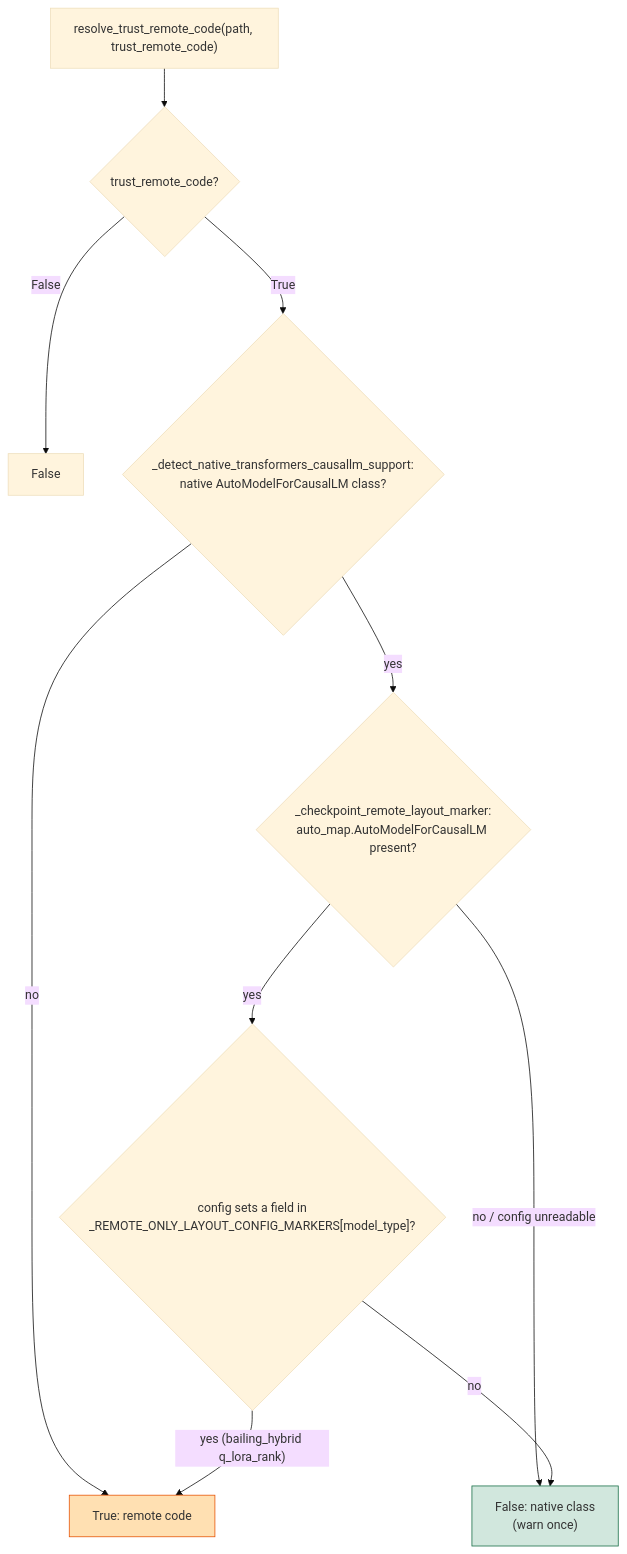
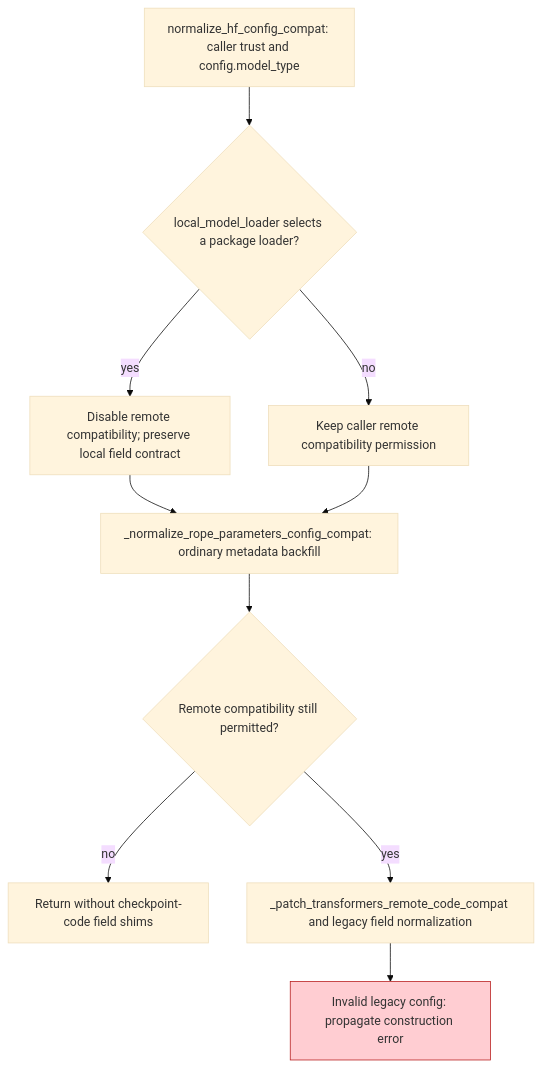
Before and after one commit to ModelCloud/GPTQModel: the second of 7 diagrams in docs/trust-remote-code-isolation.md, drawn with Mermaid (base theme). The commit also changed other lines of this file and 2458 other files, not shown here.

First line of the commit message:
Port every supported model onto the Transformers 5.23 ABI; never patch Transformers (#4620)

````diff
--- a/docs/trust-remote-code-isolation.md
+++ b/docs/trust-remote-code-isolation.md
@@ -57,14 +88,13 @@
 ```mermaid
 flowchart TD
-    A["resolve_trust_remote_code(path, trust_remote_code)"] --> B{"trust_remote_code?"}
-    B -- "False" --> F["False"]
-    B -- "True" --> C{"_detect_native_transformers_causallm_support:<br/>native AutoModelForCausalLM class?"}
-    C -- "no" --> T["True: remote code"]
-    C -- "yes" --> D{"_checkpoint_remote_layout_marker:<br/>auto_map.AutoModelForCausalLM present?"}
-    D -- "no / config unreadable" --> N["False: native class<br/>(warn once)"]
-    D -- "yes" --> E{"config sets a field in<br/>_REMOTE_ONLY_LAYOUT_CONFIG_MARKERS[model_type]?"}
-    E -- "no" --> N
-    E -- "yes (bailing_hybrid q_lora_rank)" --> T
-    style N fill:#d1e7dd,stroke:#146c43
-    style T fill:#ffe0b2,stroke:#e65100
+    A["normalize_hf_config_compat: caller trust and config.model_type"] --> B{"local_model_loader selects a package loader?"}
+    B -- yes --> C["Disable remote compatibility; preserve local field contract"]
+    B -- no --> D["Keep caller remote compatibility permission"]
+    C --> E["_normalize_rope_parameters_config_compat: ordinary metadata backfill"]
+    D --> E
+    E --> F{"Remote compatibility still permitted?"}
+    F -- no --> G["Return without checkpoint-code field shims"]
+    F -- yes --> H["_patch_transformers_remote_code_compat and legacy field normalization"]
+    H --> I["Invalid legacy config: propagate construction error"]
+    style I fill:#ffcdd2,stroke:#b71c1c
 ```
````
